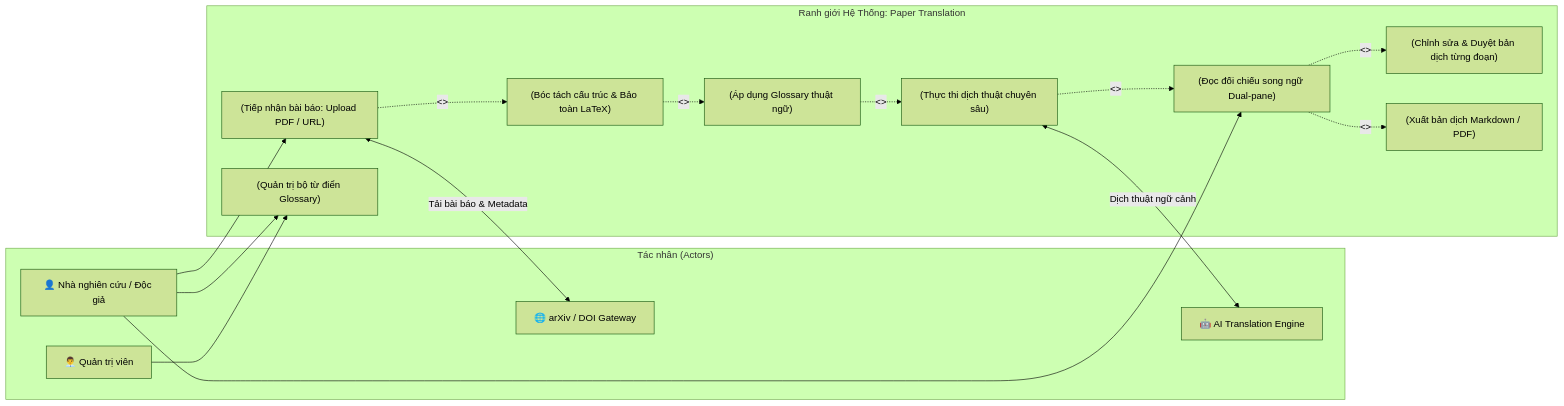
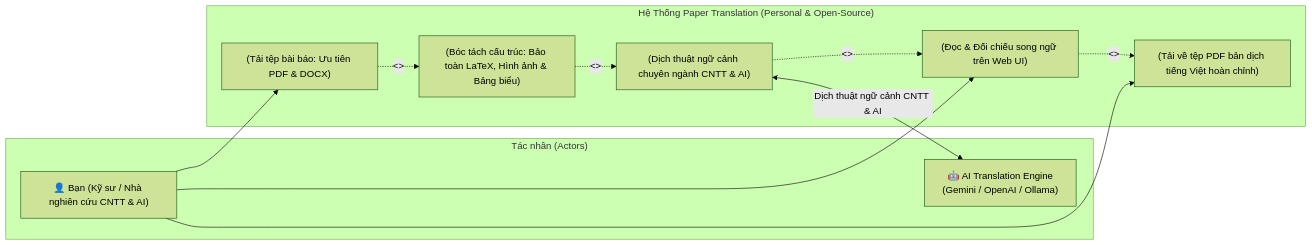
Before and after one commit to phamvantienkiz/paper-translation: the first of 2 diagrams in docs/architecture/01-system-context.md, drawn with Mermaid (forest theme). The commit also changed other lines of this file and 15 other files, not shown here.

````diff
--- a/docs/architecture/01-system-context.md
+++ b/docs/architecture/01-system-context.md
@@ -40,35 +38,26 @@
 ```mermaid
 flowchart LR
     subgraph Actors ["Tác nhân (Actors)"]
-        User["👤 Nhà nghiên cứu / Độc giả"]
-        Admin["👨‍💼 Quản trị viên"]
-        Arxiv["🌐 arXiv / DOI Gateway"]
-        LLM["🤖 AI Translation Engine"]
+        User["👤 Bạn (Kỹ sư / Nhà nghiên cứu CNTT & AI)"]
+        LLM["🤖 AI Translation Engine<br>(Gemini / OpenAI / Ollama)"]
     end
 
-    subgraph SystemBoundary ["Ranh giới Hệ Thống: Paper Translation"]
-        UC1["(Tiếp nhận bài báo: Upload PDF / URL)"]
-        UC2["(Bóc tách cấu trúc & Bảo toàn LaTeX)"]
-        UC3["(Áp dụng Glossary thuật ngữ)"]
-        UC4["(Thực thi dịch thuật chuyên sâu)"]
-        UC5["(Đọc đối chiếu song ngữ Dual-pane)"]
-        UC6["(Chỉnh sửa & Duyệt bản dịch từng đoạn)"]
-        UC7["(Xuất bản dịch Markdown / PDF)"]
-        UC8["(Quản trị bộ từ điển Glossary)"]
+    subgraph SystemBoundary ["Hệ Thống Paper Translation (Personal & Open-Source)"]
+        UC1["(Tải tệp bài báo: Ưu tiên PDF & DOCX)"]
+        UC2["(Bóc tách cấu trúc: Bảo toàn LaTeX, Hình ảnh & Bảng biểu)"]
+        UC3["(Dịch thuật ngữ cảnh chuyên ngành CNTT & AI)"]
+        UC4["(Đọc & Đối chiếu song ngữ trên Web UI)"]
+        UC5["(Tải về tệp PDF bản dịch tiếng Việt hoàn chỉnh)"]
 
         UC1 -.->|<<include>>| UC2
         UC2 -.->|<<include>>| UC3
         UC3 -.->|<<include>>| UC4
-        UC4 -.->|<<include>>| UC5
-        UC5 -.->|<<extend>>| UC6
-        UC5 -.->|<<extend>>| UC7
+        UC4 -.->|<<extend>>| UC5
     end
 
     User --> UC1
+    User --> UC4
     User --> UC5
-    User --> UC8
-    Admin --> UC8
 
-    UC1 <-->|Tải bài báo & Metadata| Arxiv
-    UC4 <-->|Dịch thuật ngữ cảnh| LLM
+    UC3 <-->|Dịch thuật ngữ cảnh CNTT & AI| LLM
 ```
````
